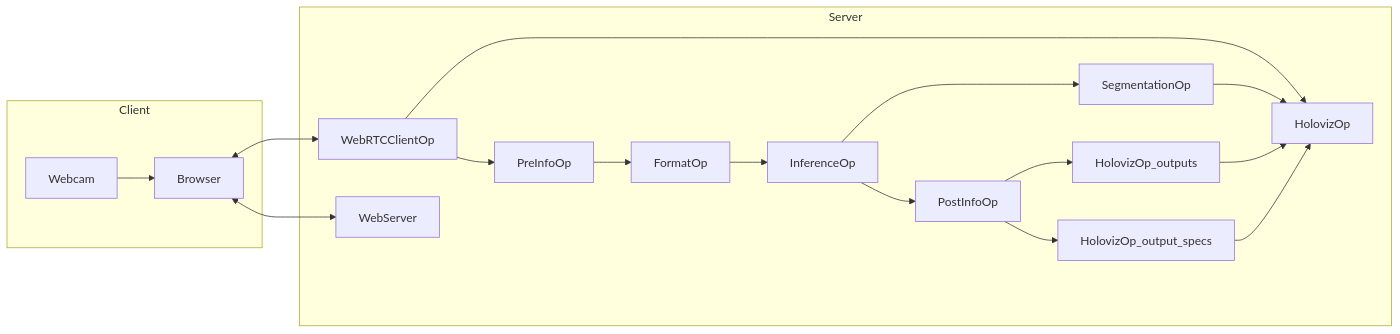
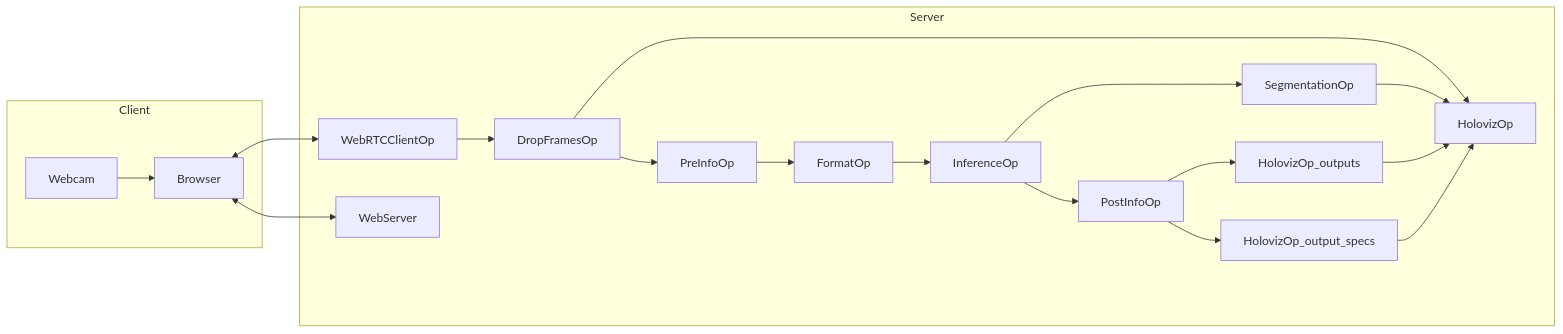
Before and after one commit to oocular/ready: the diagram in docs/holoscan/apis_webrtc_ready.md, drawn with Mermaid. The commit also changed 2 other files, not shown here.

Commit message:
improving main README linking webrtc_client api docs and minor change to holoviz dim window size and update graph diagram of worfklow #73

````diff
--- a/docs/holoscan/apis_webrtc_ready.md
+++ b/docs/holoscan/apis_webrtc_ready.md
@@ -51,20 +51,21 @@
 ```mermaid
 flowchart LR
     subgraph Server
-        WebRTCClientOp --> HolovizOp
-        WebRTCClientOp --> PreInfoOp
+        WebRTCClientOp --> DropFramesOp
+        DropFramesOp --> HolovizOp
+        DropFramesOp --> PreInfoOp
         PreInfoOp --> FormatOp
         FormatOp --> InferenceOp
         InferenceOp --> SegmentationOp
         SegmentationOp --> HolovizOp
         InferenceOp --> PostInfoOp
         PostInfoOp --> HolovizOp_outputs --> HolovizOp
         PostInfoOp --> HolovizOp_output_specs --> HolovizOp
         WebServer
     end
     subgraph Client
         Webcam --> Browser
         Browser <--> WebRTCClientOp
         Browser <--> WebServer
     end
 ```
````
